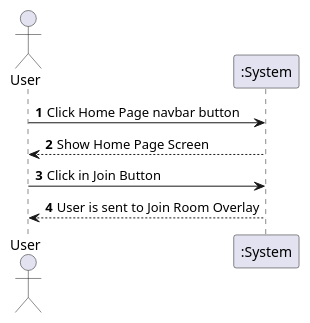
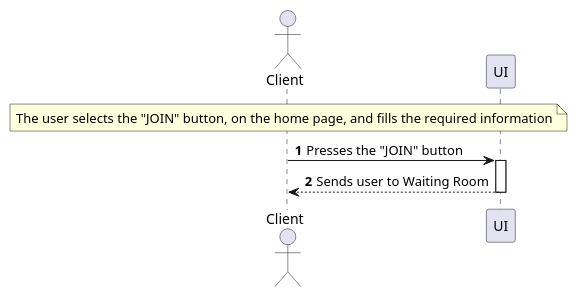
Before and after one commit to 8126Lucas/DSSMV_ProjectReact_1241131_1241008: the diagram in UMLs/puml/System Sequence Diagram/UCHPS-SSD/UCHPS1-SSD.puml, drawn with PlantUML. The commit also changed 27 other files, not shown here.

```diff
--- a/UMLs/puml/System Sequence Diagram/UCHPS-SSD/UCHPS1-SSD.puml
+++ b/UMLs/puml/System Sequence Diagram/UCHPS-SSD/UCHPS1-SSD.puml
@@ -1,15 +1,15 @@
 @startuml
 'https://plantuml.com/sequence-diagram
 
 autonumber
+autoactivate on
 
-Actor "User" as user
-participant ":System" as sys
+Actor "Client" as client
+participant "UI" as ui
 
-user -> sys: Click Home Page navbar button
-user <-- sys: Show Home Page Screen
+note over client: The user selects the "JOIN" button, on the home page, and fills the required information
 
-user -> sys: Click in Join Button
-user <-- sys: User is sent to Join Room Overlay
+client -> ui: Presses the "JOIN" button
+ui --> client: Sends user to Waiting Room
 
 @enduml
```
